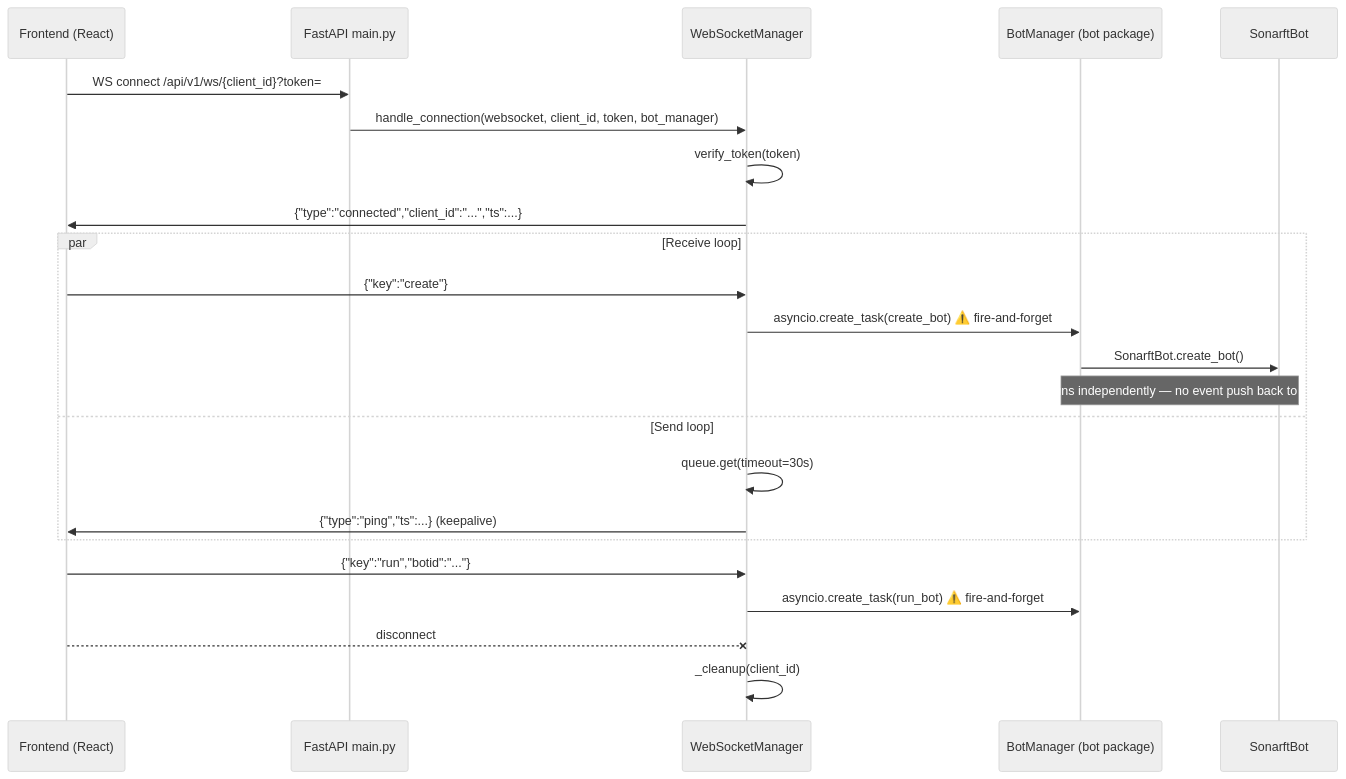
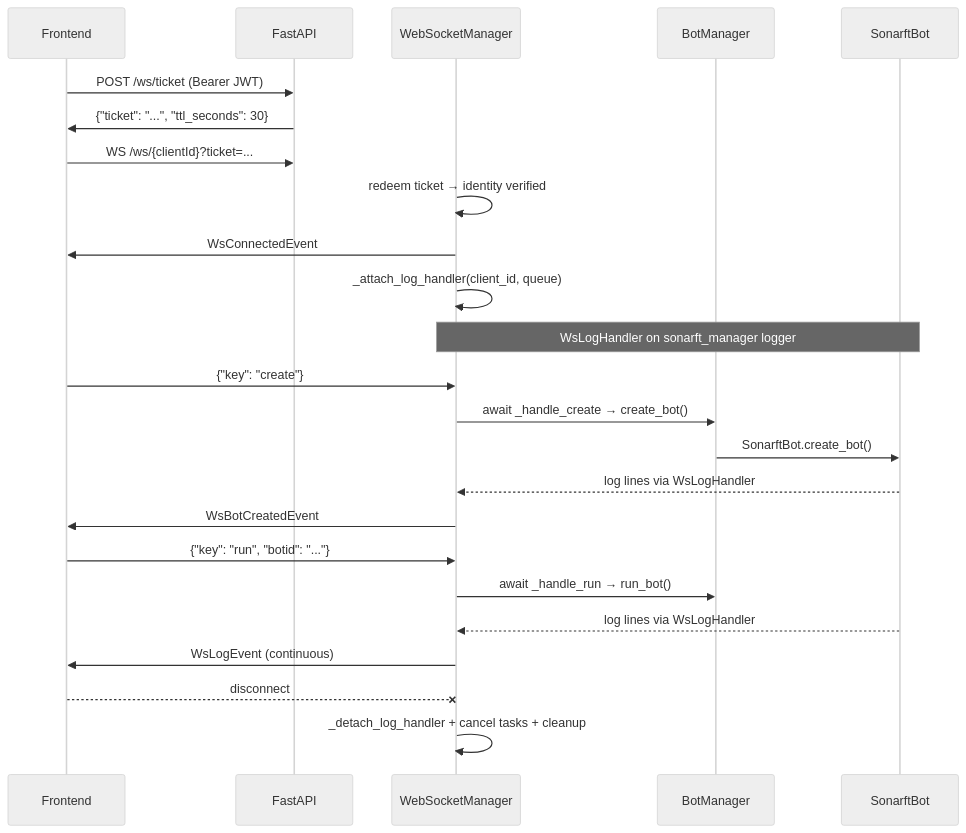
Before and after one commit to jreinaldodasilva/sonarft-monorepo: the diagram in packages/api/docs/websocket/05-websocket-realtime.md, drawn with Mermaid (neutral theme). The commit also changed other lines of this file and 10 other files, not shown here.

First line of the commit message:
docs: update all review documents and roadmap to post-implementation state

````diff
--- a/packages/api/docs/websocket/05-websocket-realtime.md
+++ b/packages/api/docs/websocket/05-websocket-realtime.md
@@ -26,29 +17,32 @@
 ```mermaid
 sequenceDiagram
-    participant FE as Frontend (React)
-    participant API as FastAPI main.py
+    participant FE as Frontend
+    participant API as FastAPI
     participant WSM as WebSocketManager
-    participant BM as BotManager (bot package)
+    participant BM as BotManager
     participant BOT as SonarftBot
 
-    FE->>API: WS connect /api/v1/ws/{client_id}?token=
-    API->>WSM: handle_connection(websocket, client_id, token, bot_manager)
-    WSM->>WSM: verify_token(token)
-    WSM->>FE: {"type":"connected","client_id":"...","ts":...}
+    FE->>API: POST /ws/ticket (Bearer JWT)
+    API->>FE: {"ticket": "...", "ttl_seconds": 30}
 
-    par Receive loop
-        FE->>WSM: {"key":"create"}
-        WSM->>BM: asyncio.create_task(create_bot) ⚠️ fire-and-forget
-        BM->>BOT: SonarftBot.create_bot()
-        Note over BM,BOT: Bot runs independently — no event push back to WSM
-    and Send loop
-        WSM->>WSM: queue.get(timeout=30s)
-        WSM->>FE: {"type":"ping","ts":...} (keepalive)
-    end
+    FE->>API: WS /ws/{clientId}?ticket=...
+    WSM->>WSM: redeem ticket → identity verified
+    WSM->>FE: WsConnectedEvent
 
-    FE->>WSM: {"key":"run","botid":"..."}
-    WSM->>BM: asyncio.create_task(run_bot) ⚠️ fire-and-forget
+    WSM->>WSM: _attach_log_handler(client_id, queue)
+    Note over WSM,BOT: WsLogHandler on sonarft_manager logger
+
+    FE->>WSM: {"key": "create"}
+    WSM->>BM: await _handle_create → create_bot()
+    BM->>BOT: SonarftBot.create_bot()
+    BOT-->>WSM: log lines via WsLogHandler
+    WSM->>FE: WsBotCreatedEvent
+
+    FE->>WSM: {"key": "run", "botid": "..."}
+    WSM->>BM: await _handle_run → run_bot()
+    BOT-->>WSM: log lines via WsLogHandler
+    WSM->>FE: WsLogEvent (continuous)
 
     FE--xWSM: disconnect
-    WSM->>WSM: _cleanup(client_id)
+    WSM->>WSM: _detach_log_handler + cancel tasks + cleanup
 ```
````
